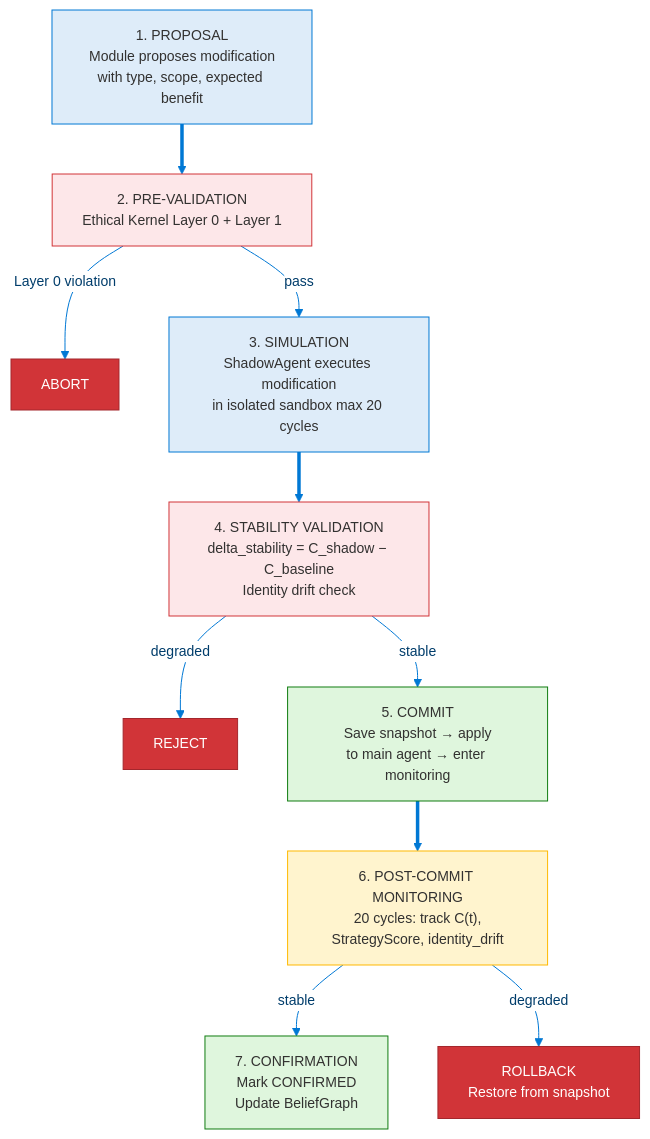
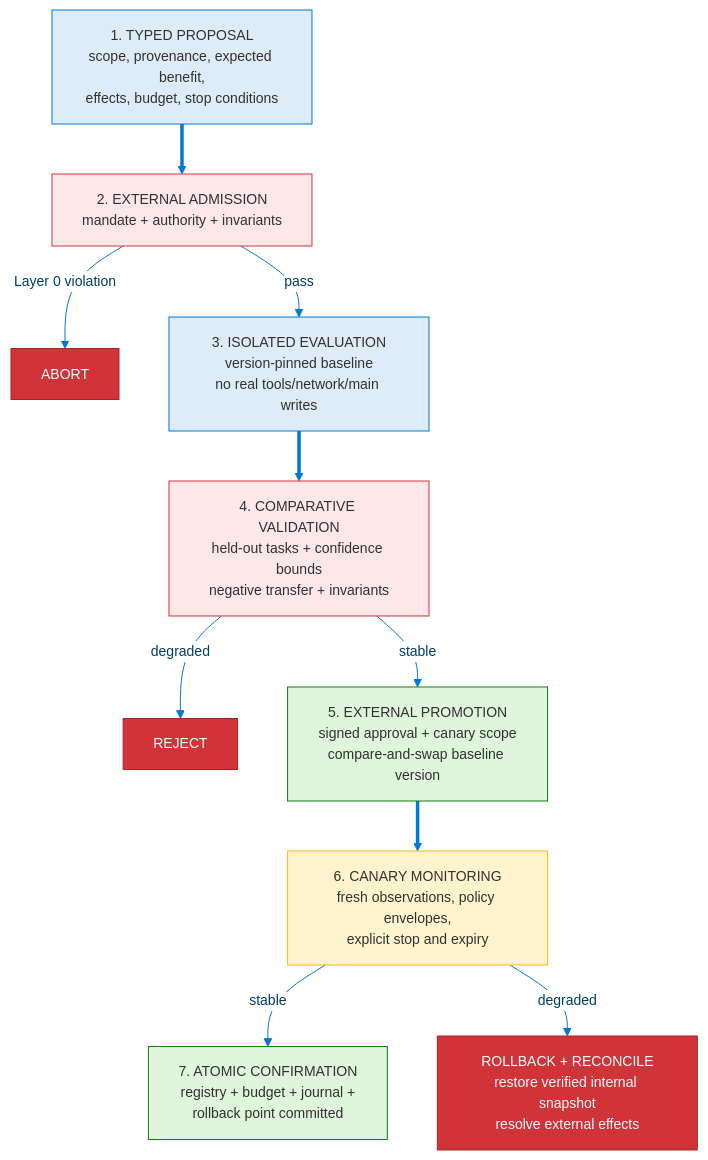
Before and after one commit to dotnetpower/mscp: the tenth of 14 diagrams in docs/levels/Level_4_Adaptive_General_Agent.md, drawn with Mermaid. The commit also changed other lines of this file and 21 other files, not shown here.

````diff
--- a/docs/levels/Level_4_Adaptive_General_Agent.md
+++ b/docs/levels/Level_4_Adaptive_General_Agent.md
@@ -605,30 +623,30 @@
 ```mermaid
 %%{init: {'theme': 'base', 'themeVariables': {'primaryColor': '#0078D4', 'primaryTextColor': '#003D6B', 'primaryBorderColor': '#003D6B', 'secondaryColor': '#50E6FF', 'secondaryTextColor': '#323130', 'secondaryBorderColor': '#00BCF2', 'tertiaryColor': '#F2F2F2', 'tertiaryTextColor': '#323130', 'lineColor': '#0078D4', 'textColor': '#323130', 'mainBkg': '#DEECF9', 'nodeBorder': '#0078D4', 'clusterBkg': '#F2F2F2', 'clusterBorder': '#003D6B', 'titleColor': '#003D6B', 'edgeLabelBackground': '#FFFFFF', 'fontSize': '14px'}}}%%
 flowchart TD
   classDef proposal fill:#DEECF9,stroke:#0078D4,color:#323130
   classDef validation fill:#FDE7E9,stroke:#D13438,color:#323130
   classDef commit fill:#DFF6DD,stroke:#107C10,color:#323130
   classDef monitor fill:#FFF4CE,stroke:#FFB900,color:#323130
   classDef fail fill:#D13438,stroke:#A4262C,color:#FFF
 
-  S1["1. PROPOSAL<br/>Module proposes modification<br/>with type, scope, expected benefit"]:::proposal
-  S2["2. PRE-VALIDATION<br/>Ethical Kernel Layer 0 + Layer 1"]:::validation
+  S1["1. TYPED PROPOSAL<br/>scope, provenance, expected benefit,<br/>effects, budget, stop conditions"]:::proposal
+  S2["2. EXTERNAL ADMISSION<br/>mandate + authority + invariants"]:::validation
   S2_FAIL["ABORT"]:::fail
-  S3["3. SIMULATION<br/>ShadowAgent executes modification<br/>in isolated sandbox max 20 cycles"]:::proposal
-  S4["4. STABILITY VALIDATION<br/>delta_stability = C_shadow − C_baseline<br/>Identity drift check"]:::validation
+  S3["3. ISOLATED EVALUATION<br/>version-pinned baseline<br/>no real tools/network/main writes"]:::proposal
+  S4["4. COMPARATIVE VALIDATION<br/>held-out tasks + confidence bounds<br/>negative transfer + invariants"]:::validation
   S4_FAIL["REJECT"]:::fail
-  S5["5. COMMIT<br/>Save snapshot → apply<br/>to main agent → enter monitoring"]:::commit
-  S6["6. POST-COMMIT MONITORING<br/>20 cycles: track C(t),<br/>StrategyScore, identity_drift"]:::monitor
-  S6_FAIL["ROLLBACK<br/>Restore from snapshot"]:::fail
-  S7["7. CONFIRMATION<br/>Mark CONFIRMED<br/>Update BeliefGraph"]:::commit
+  S5["5. EXTERNAL PROMOTION<br/>signed approval + canary scope<br/>compare-and-swap baseline version"]:::commit
+  S6["6. CANARY MONITORING<br/>fresh observations, policy envelopes,<br/>explicit stop and expiry"]:::monitor
+  S6_FAIL["ROLLBACK + RECONCILE<br/>restore verified internal snapshot<br/>resolve external effects"]:::fail
+  S7["7. ATOMIC CONFIRMATION<br/>registry + budget + journal +<br/>rollback point committed"]:::commit
 
   S1 ==> S2
   S2 -->|pass| S3
   S2 -->|Layer 0 violation| S2_FAIL
   S3 ==> S4
   S4 -->|stable| S5
   S4 -->|degraded| S4_FAIL
   S5 ==> S6
   S6 -->|stable| S7
   S6 -->|degraded| S6_FAIL
 ```
````
